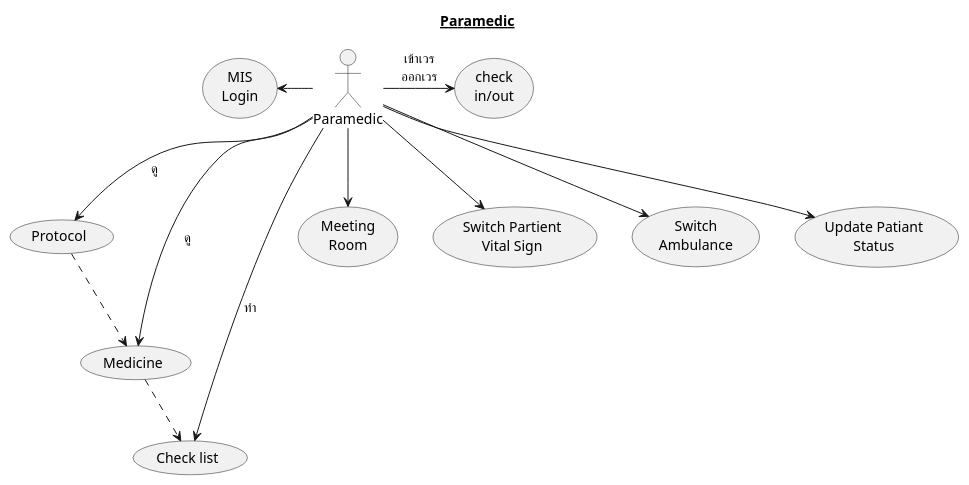
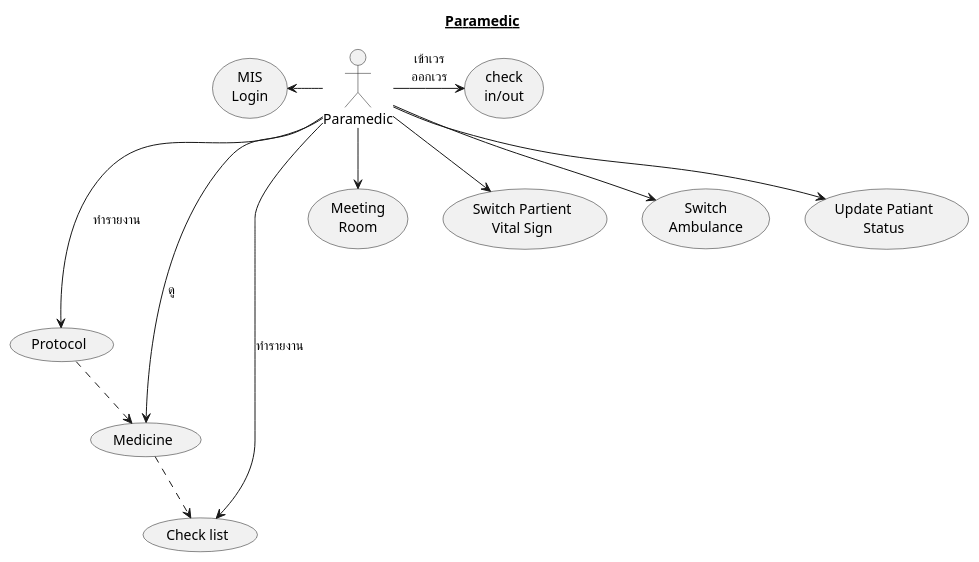
The diagram in uml/scenario_Paramedic.plantuml (lionants02/mis-api-doc), drawn with PlantUML before and after one commit. The commit also changed 7 other files, not shown here.

```diff
--- a/uml/scenario_Paramedic.plantuml
+++ b/uml/scenario_Paramedic.plantuml
@@ -1,31 +1,31 @@
 @startuml
 Title __Paramedic__
   :Paramedic: as Paramedic
 
 
   usecase (Protocol) as Protocol
   usecase (Medicine) as Med
   usecase (Check list) as Check
   Protocol ..> Med
   Med ..> Check
 
 
   usecase (check\nin/out) as checkIn
   usecase (MIS\nLogin) as MISLogin
   usecase (Meeting\nRoom) as MeetingRoom
 
   usecase (Switch Partient\nVital Sign) as SwitchVS
   usecase (Switch\nAmbulance) as SwitchAmbulance
   usecase (Update Patiant\nStatus) as UpdatePatiantStatus
 
   Paramedic -right-> checkIn : เข้าเวร\nออกเวร
   Paramedic -left-> MISLogin
   Paramedic --> MeetingRoom
   Paramedic --> SwitchVS
   Paramedic --> SwitchAmbulance
   Paramedic --> UpdatePatiantStatus
-  Paramedic --> Protocol: ดู
+  Paramedic ---> Protocol: ทำรายงาน
   Paramedic --> Med: ดู
-  Paramedic --> Check:ทำ
+  Paramedic --> Check: ทำรายงาน
 
 @enduml
```
